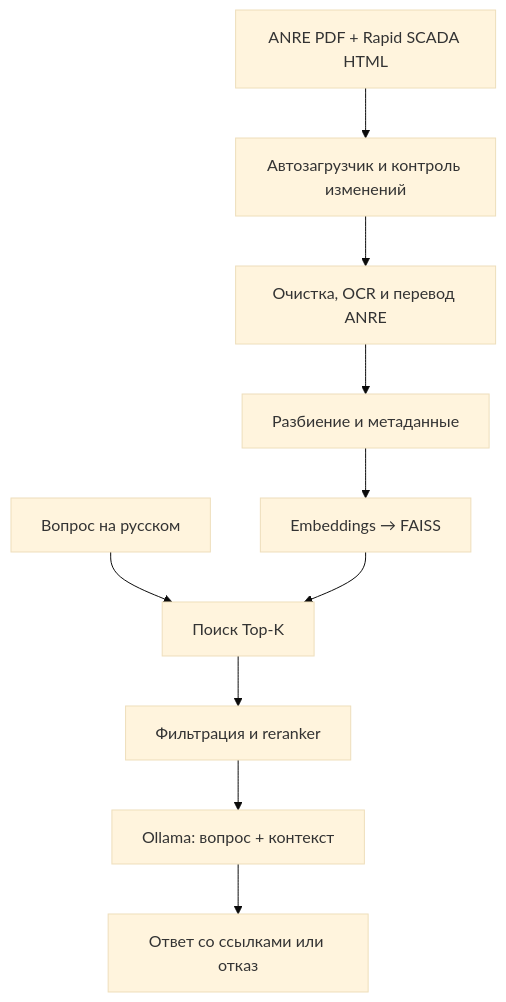
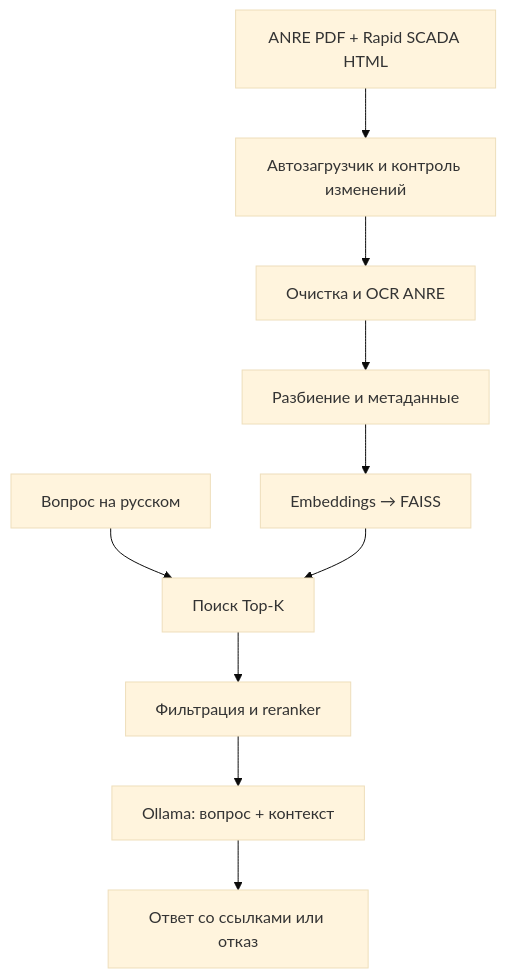
The diagram in README.md (AlexandrZaharov233/PAD-LAB-1), drawn with Mermaid (base theme) before and after one commit. The commit also changed other lines of this file and 13 other files, not shown here.

````diff
--- a/README.md
+++ b/README.md
@@ -64,12 +66,12 @@
 ```mermaid
 flowchart TD
  A["ANRE PDF + Rapid SCADA HTML"] --> B["Автозагрузчик и контроль изменений"]
- B --> C["Очистка, OCR и перевод ANRE"]
+ B --> C["Очистка и OCR ANRE"]
  C --> D["Разбиение и метаданные"]
  D --> E["Embeddings → FAISS"]
  Q["Вопрос на русском"] --> R["Поиск Top-K"]
  E --> R
  R --> F["Фильтрация и reranker"]
  F --> L["Ollama: вопрос + контекст"]
  L --> V["Ответ со ссылками или отказ"]
 ```
````
